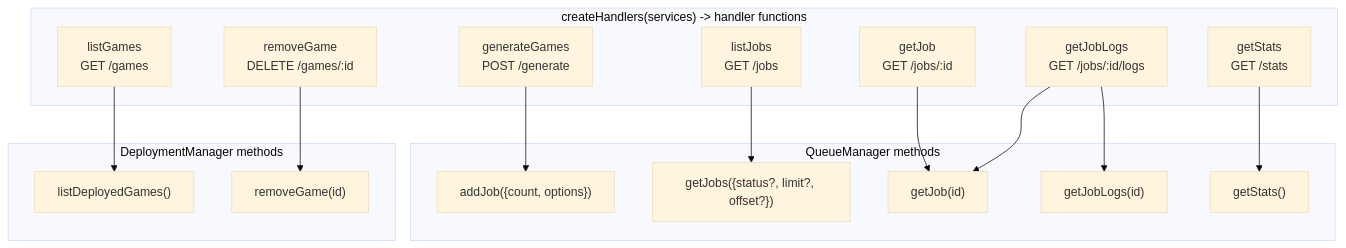
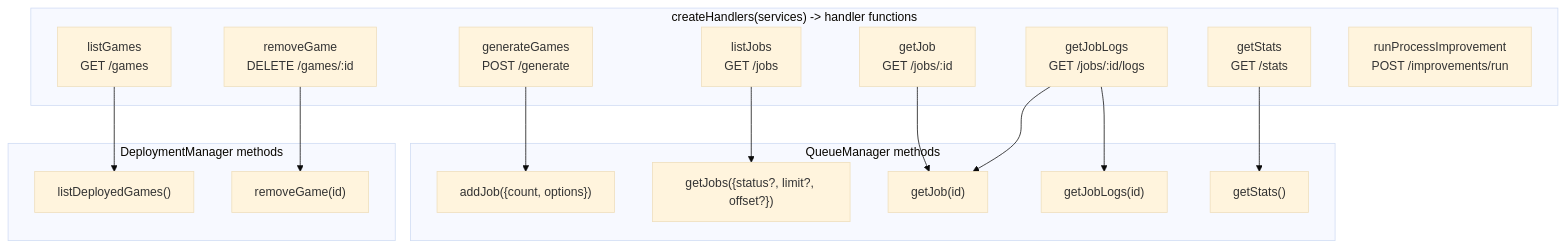
One commit to J-Gierend/gamePocGen changed the seventh of 7 diagrams in AI/document/03-api-surface.md. Above: the diagram before and after it, drawn with Mermaid (base theme). The commit also changed other lines of this file and 7 other files, not shown here.

First line of the commit message:
docs: update architecture docs, remove orphaned files

````diff
--- a/AI/document/03-api-surface.md
+++ b/AI/document/03-api-surface.md
@@ -90,34 +94,35 @@
 ```mermaid
 graph TD
     subgraph "createHandlers(services) -> handler functions"
         H1["generateGames\nPOST /generate"]
         H2["listJobs\nGET /jobs"]
         H3["getJob\nGET /jobs/:id"]
         H4["getJobLogs\nGET /jobs/:id/logs"]
         H5["getStats\nGET /stats"]
         H6["listGames\nGET /games"]
         H7["removeGame\nDELETE /games/:id"]
+        H8["runProcessImprovement\nPOST /improvements/run"]
     end
 
     subgraph "QueueManager methods"
         QA["addJob({count, options})"]
         QJ["getJobs({status?, limit?, offset?})"]
         QG["getJob(id)"]
         QL["getJobLogs(id)"]
         QS["getStats()"]
     end
 
     subgraph "DeploymentManager methods"
         DL["listDeployedGames()"]
         DR["removeGame(id)"]
     end
 
     H1 --> QA
     H2 --> QJ
     H3 --> QG
     H4 --> QG
     H4 --> QL
     H5 --> QS
     H6 --> DL
     H7 --> DR
 ```
````
